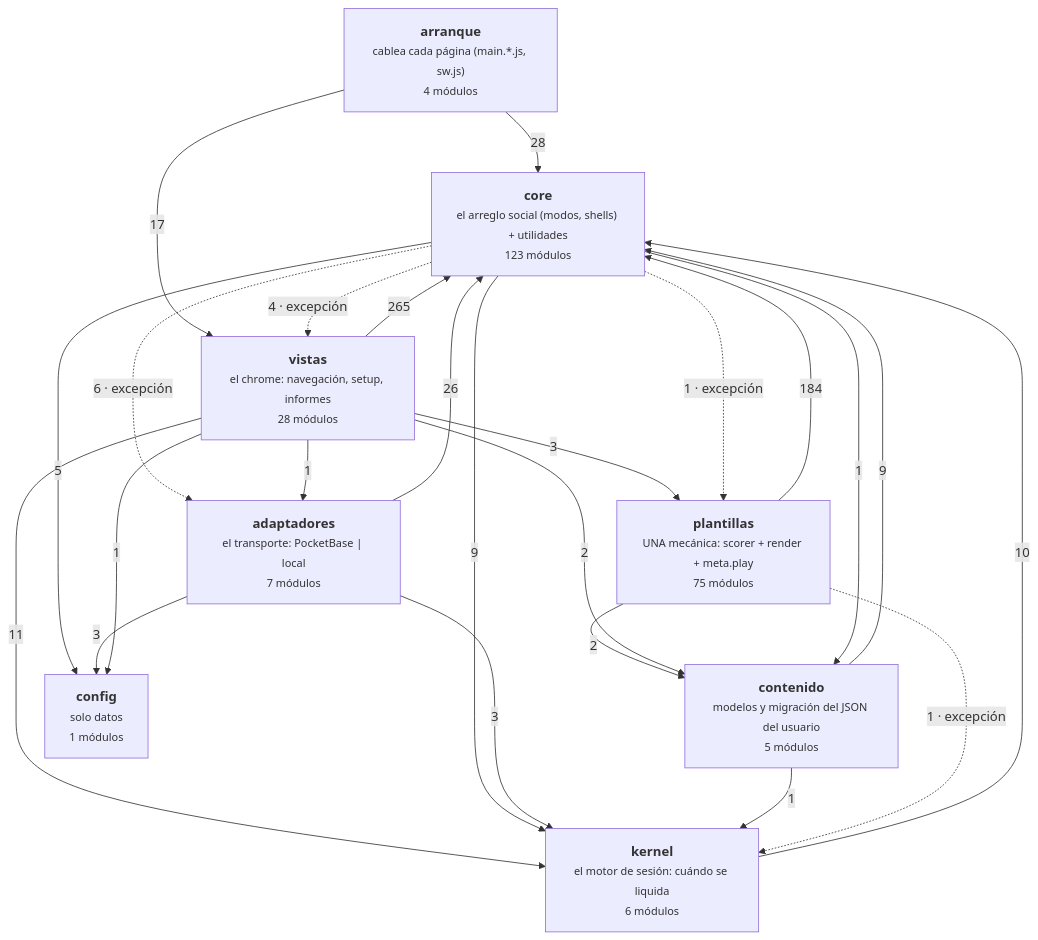
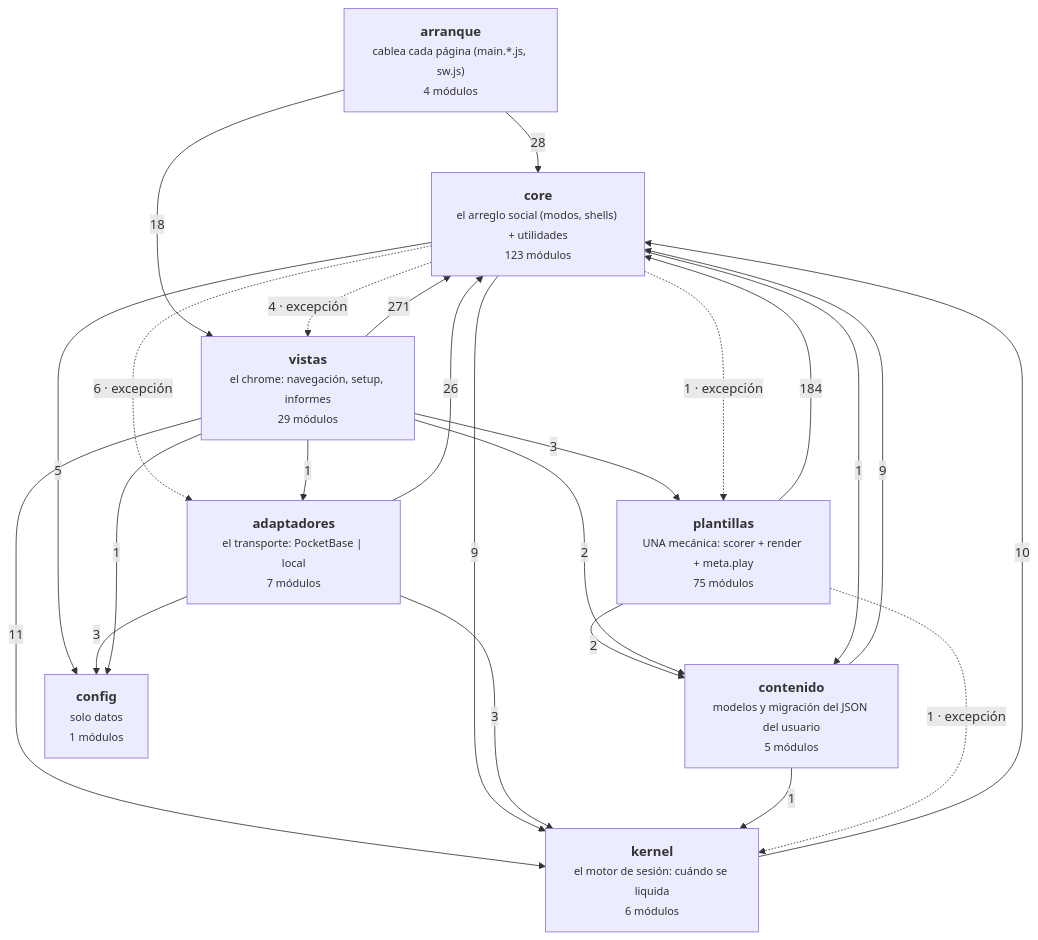
One commit to duecaz/ac changed the diagram in docs/arquitectura-modulos.md. Above: the diagram before and after it, drawn with Mermaid. The commit also changed other lines of this file and 8 other files, not shown here.

````diff
--- a/docs/arquitectura-modulos.md
+++ b/docs/arquitectura-modulos.md
@@ -56,34 +56,34 @@
 ```mermaid
 graph TD
   A["<b>arranque</b><br/><small>cablea cada página (main.*.js, sw.js)</small><br/><small>4 módulos</small>"]
-  V["<b>vistas</b><br/><small>el chrome: navegación, setup, informes</small><br/><small>28 módulos</small>"]
+  V["<b>vistas</b><br/><small>el chrome: navegación, setup, informes</small><br/><small>29 módulos</small>"]
   AD["<b>adaptadores</b><br/><small>el transporte: PocketBase | local</small><br/><small>7 módulos</small>"]
   C["<b>core</b><br/><small>el arreglo social (modos, shells) + utilidades</small><br/><small>123 módulos</small>"]
   K["<b>kernel</b><br/><small>el motor de sesión: cuándo se liquida</small><br/><small>6 módulos</small>"]
   T["<b>plantillas</b><br/><small>UNA mecánica: scorer + render + meta.play</small><br/><small>75 módulos</small>"]
   CO["<b>contenido</b><br/><small>modelos y migración del JSON del usuario</small><br/><small>5 módulos</small>"]
   CF["<b>config</b><br/><small>solo datos</small><br/><small>1 módulos</small>"]
-  V -->|265| C
+  V -->|271| C
   T -->|184| C
   A -->|28| C
   AD -->|26| C
-  A -->|17| V
+  A -->|18| V
   V -->|11| K
   K -->|10| C
   C -->|9| K
   CO -->|9| C
   C -.->|6 · excepción| AD
   C -->|5| CF
   C -.->|4 · excepción| V
   AD -->|3| CF
   AD -->|3| K
   V -->|3| T
   T -->|2| CO
   V -->|2| CO
   C -.->|1 · excepción| T
   C -->|1| CO
   CO -->|1| K
   T -.->|1 · excepción| K
   V -->|1| AD
   V -->|1| CF
 ```
````
